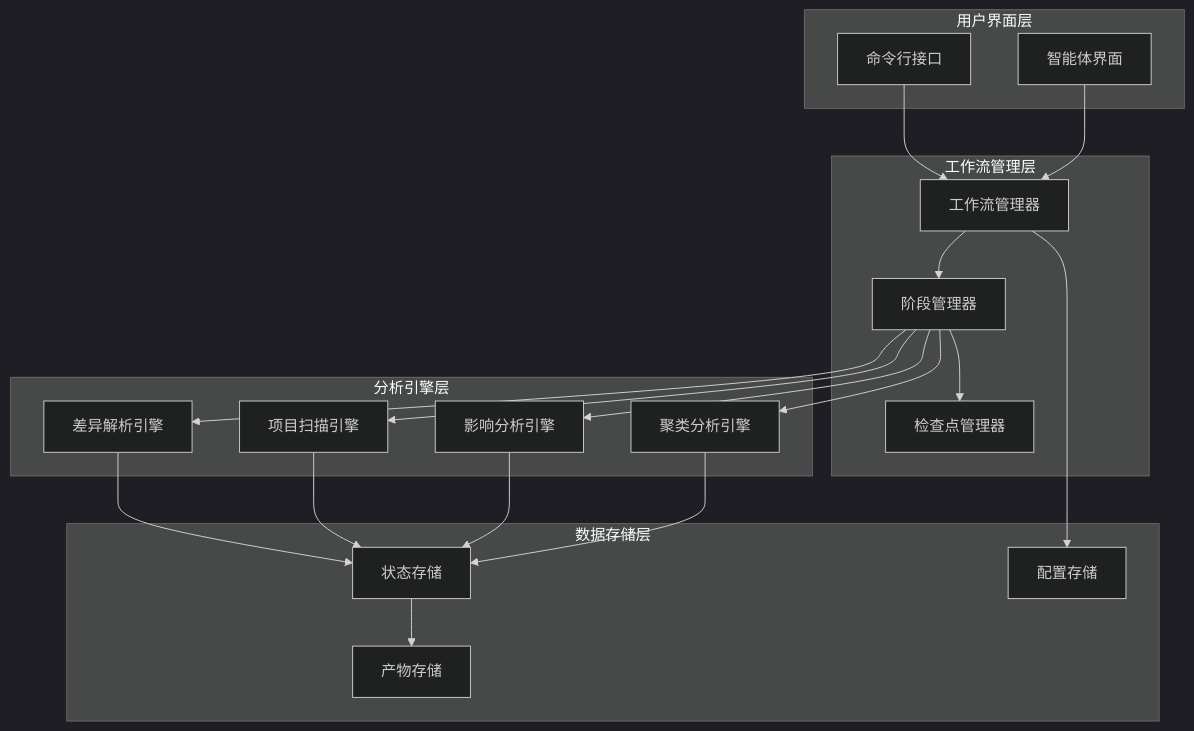
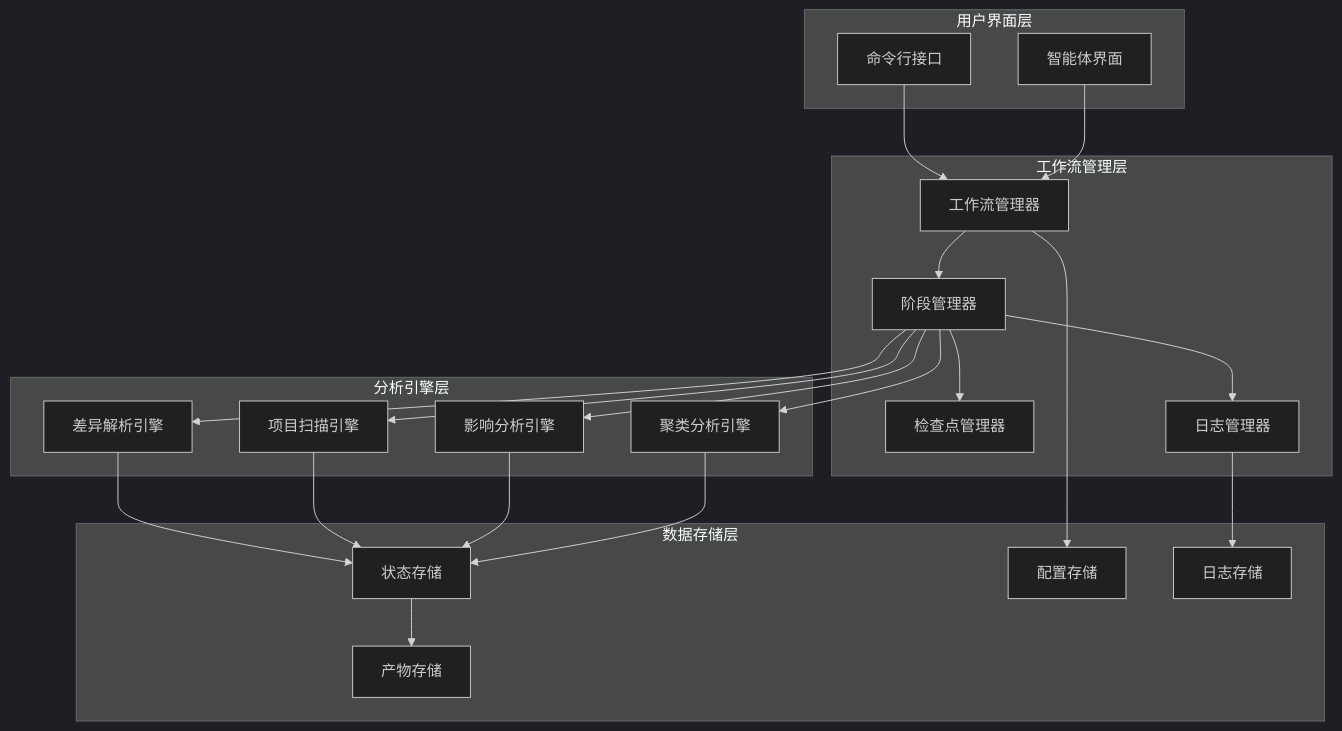
One commit to brand-new-remo/frontend-impact-analyzer changed the fourth of 15 diagrams in .qoder/repowiki/zh/content/Workflow Management.md. Above: the diagram before and after it, drawn with Mermaid (dark theme). The commit also changed other lines of this file and 7 other files, not shown here.

````diff
--- a/.qoder/repowiki/zh/content/Workflow Management.md
+++ b/.qoder/repowiki/zh/content/Workflow Management.md
@@ -154,37 +165,41 @@
 ```mermaid
 graph TB
 subgraph "用户界面层"
 CLI[命令行接口]
 Agent[智能体界面]
 end
 subgraph "工作流管理层"
 WorkflowMgr[工作流管理器]
 PhaseMgr[阶段管理器]
 CheckpointMgr[检查点管理器]
+LogMgr[日志管理器]
 end
 subgraph "分析引擎层"
 DiffEngine[差异解析引擎]
 ScanEngine[项目扫描引擎]
 ImpactEngine[影响分析引擎]
 ClusterEngine[聚类分析引擎]
 end
 subgraph "数据存储层"
 StateStore[状态存储]
 ArtifactStore[产物存储]
 ConfigStore[配置存储]
+LogStore[日志存储]
 end
 CLI --> WorkflowMgr
 Agent --> WorkflowMgr
 WorkflowMgr --> PhaseMgr
 PhaseMgr --> CheckpointMgr
+PhaseMgr --> LogMgr
 PhaseMgr --> DiffEngine
 PhaseMgr --> ScanEngine
 PhaseMgr --> ImpactEngine
 PhaseMgr --> ClusterEngine
 DiffEngine --> StateStore
 ScanEngine --> StateStore
 ImpactEngine --> StateStore
 ClusterEngine --> StateStore
 StateStore --> ArtifactStore
 WorkflowMgr --> ConfigStore
+LogMgr --> LogStore
 ```
````
